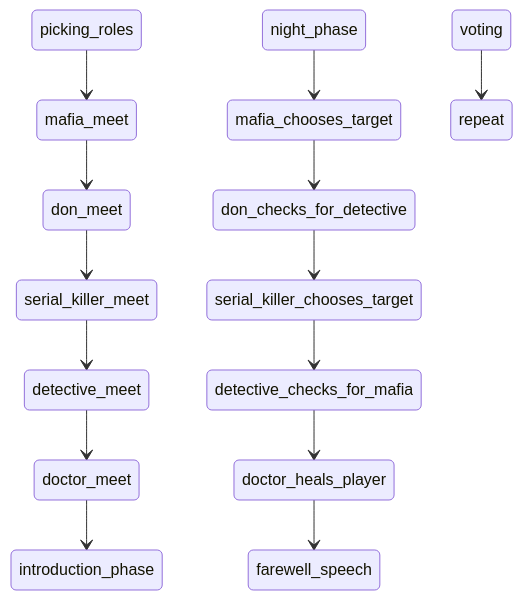
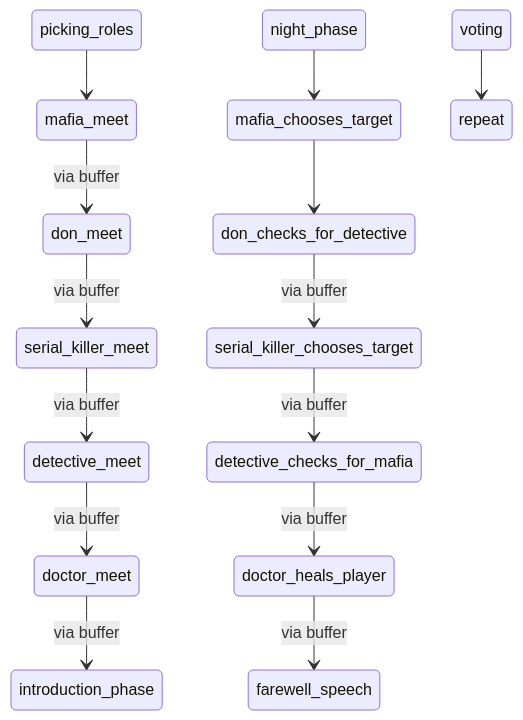
The third of 3 diagrams in docs/generated/game-spec.md (Davidchiradze/online-mafia-game), drawn with Mermaid before and after one commit. The commit also changed other lines of this file and 30 other files, not shown here.

````diff
--- a/docs/generated/game-spec.md
+++ b/docs/generated/game-spec.md
@@ -248,16 +248,16 @@
 ```mermaid
 stateDiagram-v2
     picking_roles --> mafia_meet
-    mafia_meet --> don_meet
-    don_meet --> serial_killer_meet
-    serial_killer_meet --> detective_meet
-    detective_meet --> doctor_meet
-    doctor_meet --> introduction_phase
+    mafia_meet --> don_meet : via buffer
+    don_meet --> serial_killer_meet : via buffer
+    serial_killer_meet --> detective_meet : via buffer
+    detective_meet --> doctor_meet : via buffer
+    doctor_meet --> introduction_phase : via buffer
     night_phase --> mafia_chooses_target
     mafia_chooses_target --> don_checks_for_detective
-    don_checks_for_detective --> serial_killer_chooses_target
-    serial_killer_chooses_target --> detective_checks_for_mafia
-    detective_checks_for_mafia --> doctor_heals_player
-    doctor_heals_player --> farewell_speech
+    don_checks_for_detective --> serial_killer_chooses_target : via buffer
+    serial_killer_chooses_target --> detective_checks_for_mafia : via buffer
+    detective_checks_for_mafia --> doctor_heals_player : via buffer
+    doctor_heals_player --> farewell_speech : via buffer
     voting --> repeat
 ```
````
